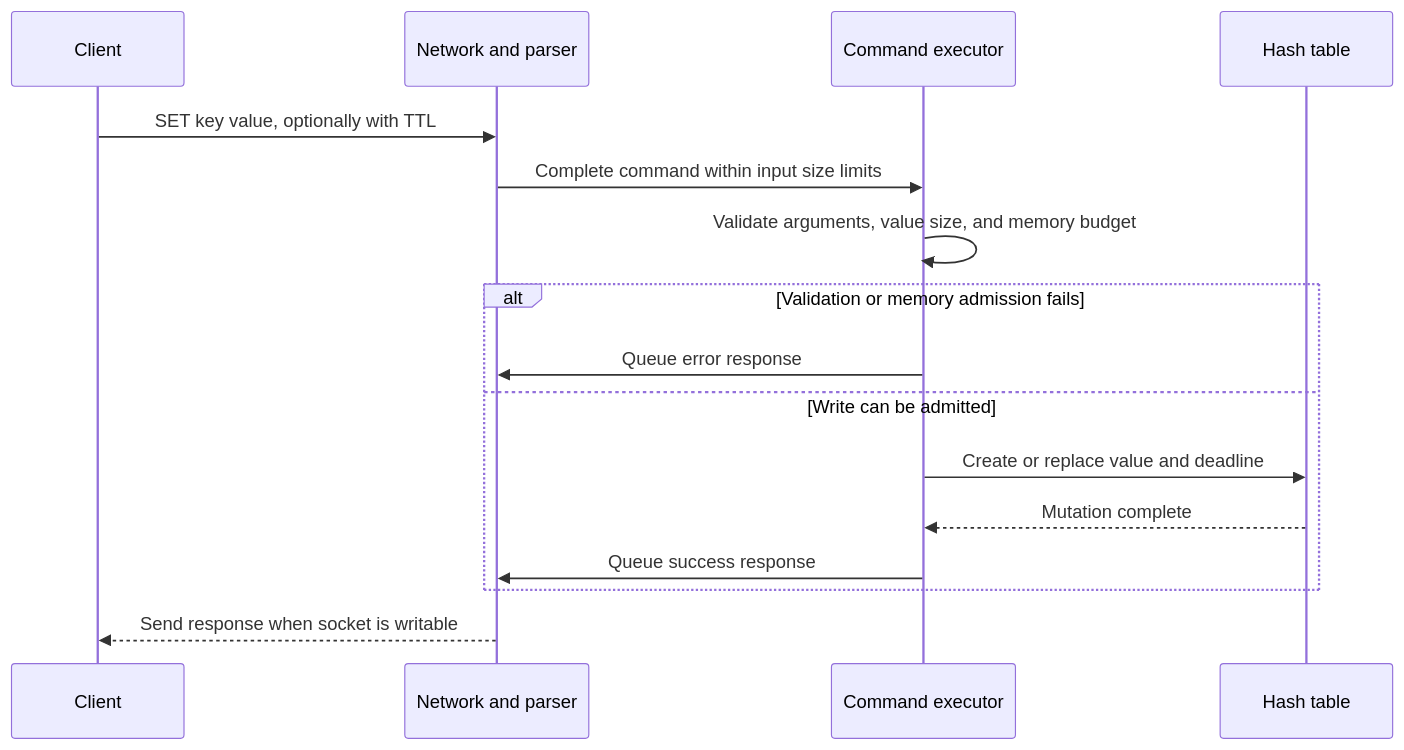
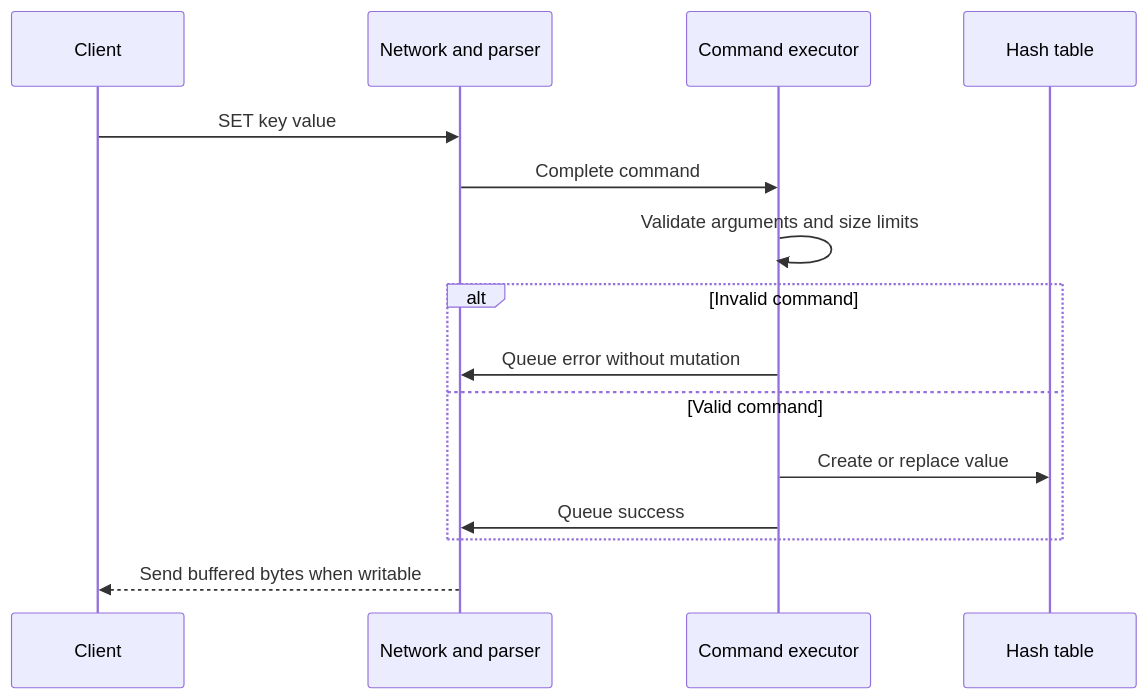
One commit to moadabdou/system_design changed the third of 3 diagrams in redis/minimal-design.md. Above: the diagram before and after it, drawn with Mermaid. The commit also changed other lines of this file and 28 other files, not shown here.

````diff
--- a/redis/minimal-design.md
+++ b/redis/minimal-design.md
@@ -95,18 +74,17 @@
 ```mermaid
 sequenceDiagram
     participant C as Client
     participant N as Network and parser
     participant E as Command executor
     participant S as Hash table
-    C->>N: SET key value, optionally with TTL
-    N->>E: Complete command within input size limits
-    E->>E: Validate arguments, value size, and memory budget
-    alt Validation or memory admission fails
-        E->>N: Queue error response
-    else Write can be admitted
-        E->>S: Create or replace value and deadline
-        S-->>E: Mutation complete
-        E->>N: Queue success response
+    C->>N: SET key value
+    N->>E: Complete command
+    E->>E: Validate arguments and size limits
+    alt Invalid command
+        E->>N: Queue error without mutation
+    else Valid command
+        E->>S: Create or replace value
+        E->>N: Queue success
     end
-    N-->>C: Send response when socket is writable
+    N-->>C: Send buffered bytes when writable
 ```
````
